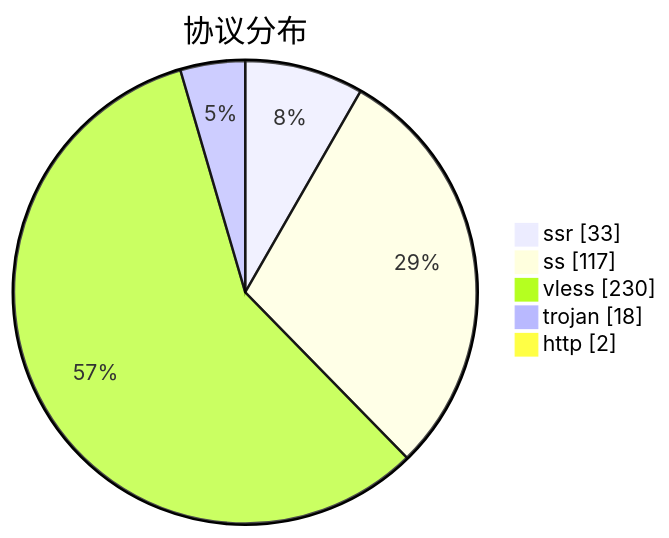
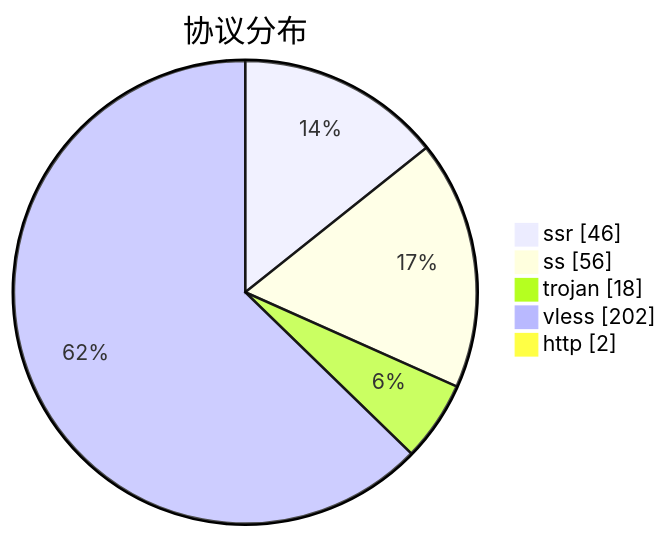
Before and after one commit to qjlxg/airport: the third of 3 diagrams in subs/statistics/tested_within.md, drawn with Mermaid. The commit also changed other lines of this file and 2 other files, not shown here.

````diff
--- a/subs/statistics/tested_within.md
+++ b/subs/statistics/tested_within.md
@@ -18,9 +19,9 @@
 ```mermaid
 pie showData
 title 协议分布
-"ssr" : 33
-"ss" : 117
-"vless" : 230
+"ssr" : 46
+"ss" : 56
 "trojan" : 18
+"vless" : 202
 "http" : 2
 ```
````
